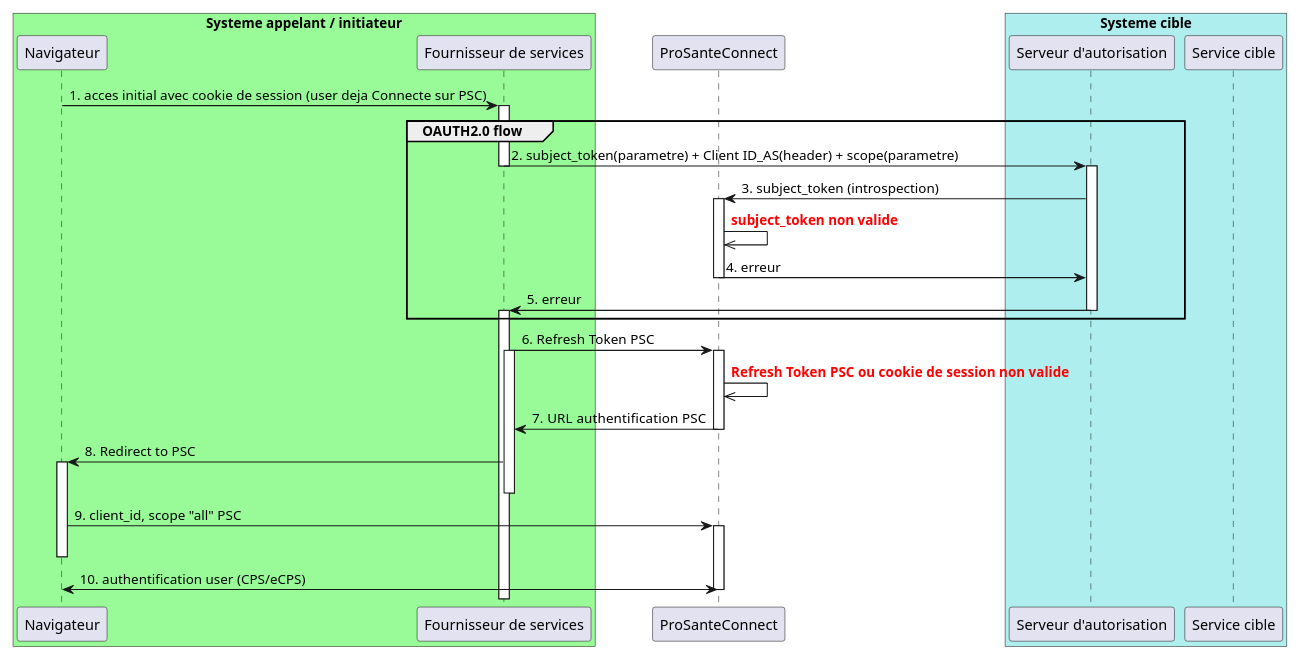
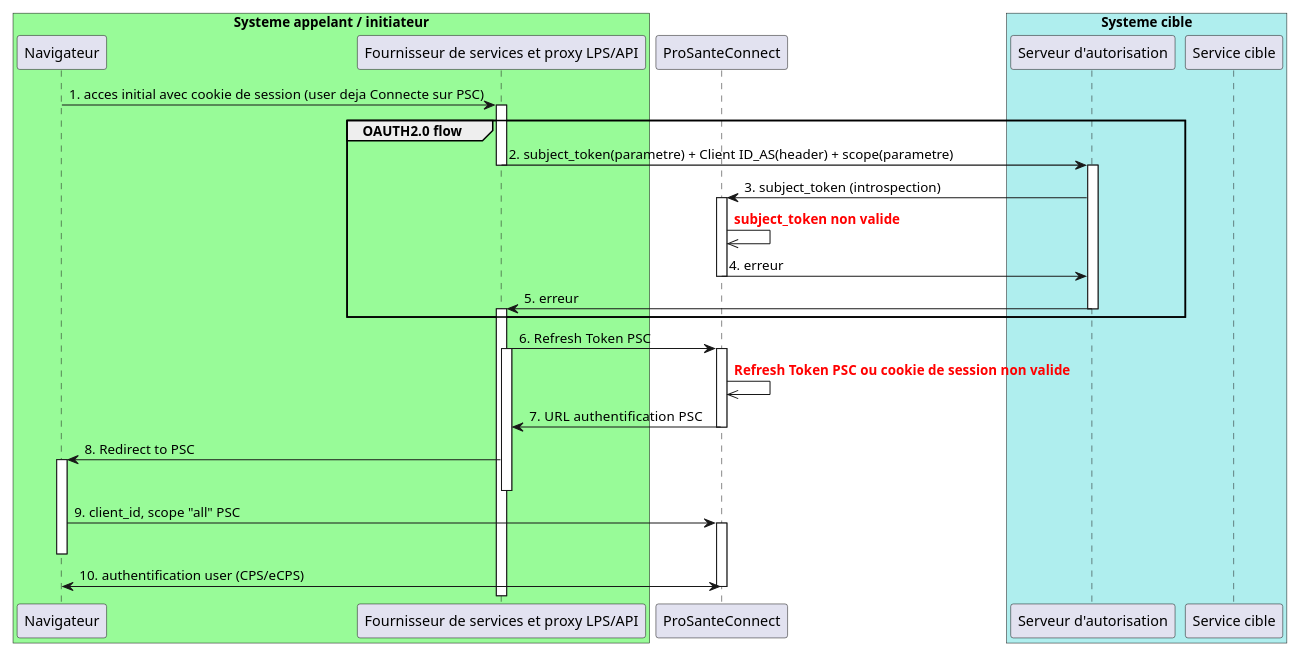
The diagram in input/images-source/diag_api_prosanteconnectee_web_session_RT_expired.plantuml (ansforge/IG-securisation-transport-api-rest), drawn with PlantUML before and after one commit.

Commit message:
correction proxy LPS/API et rt expired

```diff
--- a/input/images-source/diag_api_prosanteconnectee_web_session_RT_expired.plantuml
+++ b/input/images-source/diag_api_prosanteconnectee_web_session_RT_expired.plantuml
@@ -1,50 +1,50 @@
 @startuml
 scale 1024*768
 box  "Systeme appelant / initiateur" #palegreen
 participant "Navigateur" as n
-participant "Fournisseur de services" as appserver
+participant "Fournisseur de services et proxy LPS/API" as appserver
 end box
 participant "ProSanteConnect" as psc
 box  "Systeme cible" #paleturquoise
 participant "Serveur d'autorisation" as AS
 participant "Service cible" as API
 end box
 
 n->appserver:1. acces initial avec cookie de session (user deja Connecte sur PSC)
 	activate appserver
     
     
 
     
 group OAUTH2.0 flow
 appserver -> AS:2. subject_token(parametre) + Client ID_AS(header) + scope(parametre)
 	deactivate appserver
     activate AS
 AS->psc:3. subject_token (introspection)
 	activate psc
 psc->>psc: <font color=red><b>subject_token non valide 
 psc->AS:4. erreur 
 	deactivate psc
 AS->appserver:5. erreur
 	deactivate AS
     activate appserver
 end 
 
 
 appserver->psc : 6. Refresh Token PSC
     activate psc
     activate appserver
 psc->>psc: <font color=red><b>Refresh Token PSC ou cookie de session non valide
 psc->appserver : 7.  URL authentification PSC
 	deactivate psc
 
 appserver->n : 8. Redirect to PSC
 	activate n
 	deactivate appserver
 n->psc:9. client_id, scope "all" PSC
 	activate psc
     deactivate n
 psc<->n:10. authentification user (CPS/eCPS)
 	deactivate psc
 
 @enduml
```
